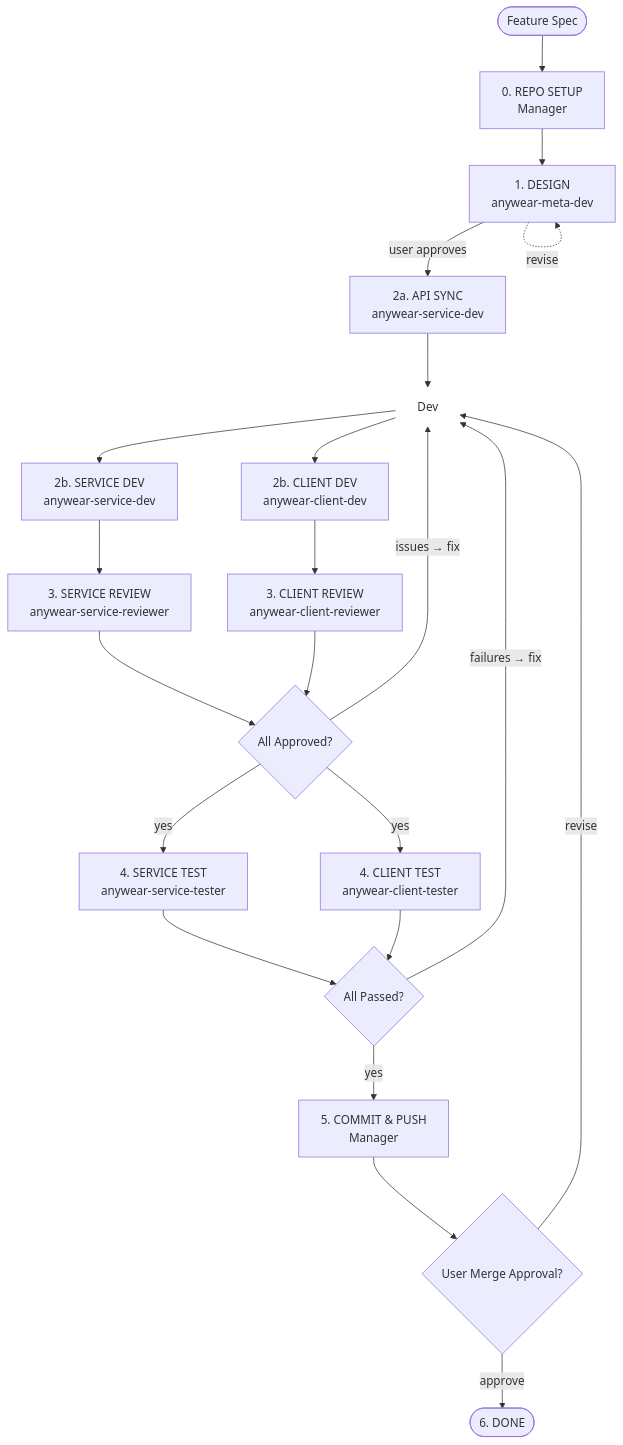
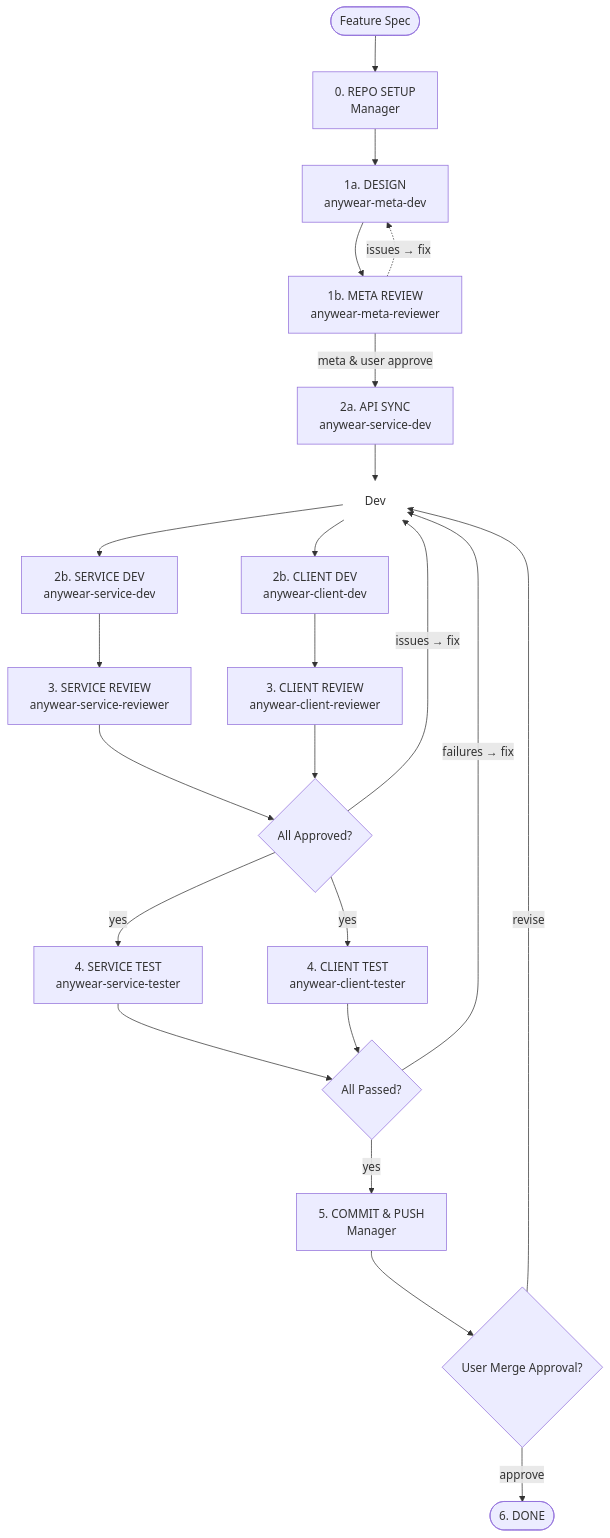
One commit to git-malu/AnyWear-E2E changed the diagram in .opencode/agents/anywear-manager.md. Above: the diagram before and after it, drawn with Mermaid. The commit also changed other lines of this file and 7 other files, not shown here.

````diff
--- a/.opencode/agents/anywear-manager.md
+++ b/.opencode/agents/anywear-manager.md
@@ -32,38 +32,39 @@
 ```mermaid
 flowchart TD
     START(["Feature Spec"])
 
     START --> SETUP["0. REPO SETUP<br/>Manager"]
 
-    SETUP --> DESIGN["1. DESIGN<br/>anywear-meta-dev"]
-    DESIGN -.->|revise| DESIGN
-    DESIGN -->|user approves| API
+    SETUP --> DESIGN["1a. DESIGN<br/>anywear-meta-dev"]
+    DESIGN --> META_REVIEW["1b. META REVIEW<br/>anywear-meta-reviewer"]
+    META_REVIEW -.->|issues → fix| DESIGN
+    META_REVIEW -->|"meta & user approve"| API
 
     API["2a. API SYNC<br/>anywear-service-dev"]
 
     API --> DEV_FORK["Dev"]
     DEV_FORK --> S_DEV["2b. SERVICE DEV<br/>anywear-service-dev"]
     DEV_FORK --> C_DEV["2b. CLIENT DEV<br/>anywear-client-dev"]
 
     S_DEV --> S_REVIEW["3. SERVICE REVIEW<br/>anywear-service-reviewer"]
     C_DEV --> C_REVIEW["3. CLIENT REVIEW<br/>anywear-client-reviewer"]
 
     S_REVIEW --> REVIEW_OK{"All Approved?"}
     C_REVIEW --> REVIEW_OK
 
     REVIEW_OK -->|issues → fix| DEV_FORK
     REVIEW_OK -->|yes| S_TEST["4. SERVICE TEST<br/>anywear-service-tester"]
     REVIEW_OK -->|yes| C_TEST["4. CLIENT TEST<br/>anywear-client-tester"]
 
     S_TEST --> TEST_OK{"All Passed?"}
     C_TEST --> TEST_OK
 
     TEST_OK -->|failures → fix| DEV_FORK
     TEST_OK -->|yes| COMMIT["5. COMMIT & PUSH<br/>Manager"]
 
     COMMIT --> MERGE{"User Merge Approval?"}
     MERGE -->|revise| DEV_FORK
     MERGE -->|approve| DONE(["6. DONE"])
 
     style DEV_FORK fill:none,stroke:none
 ```
````
